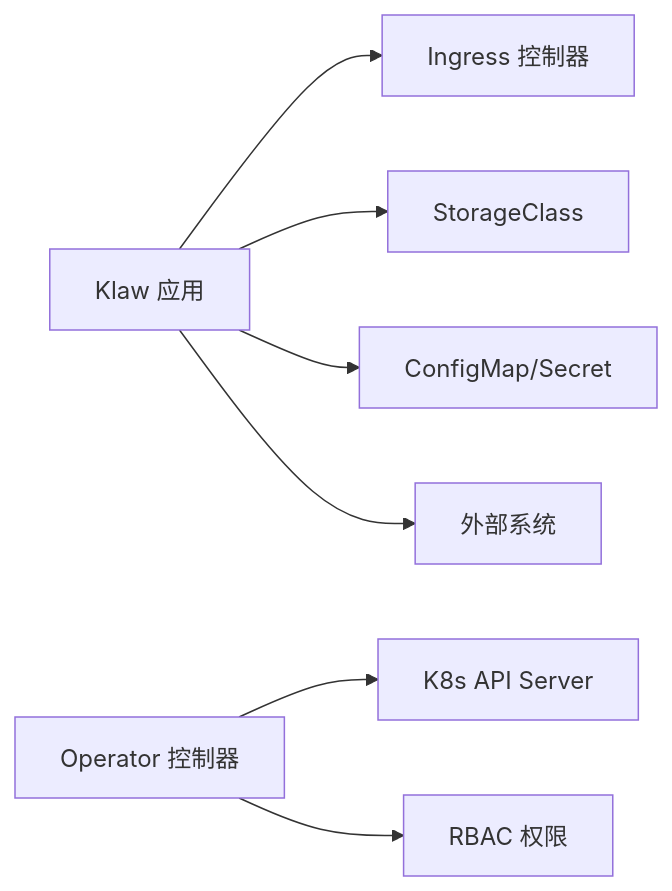
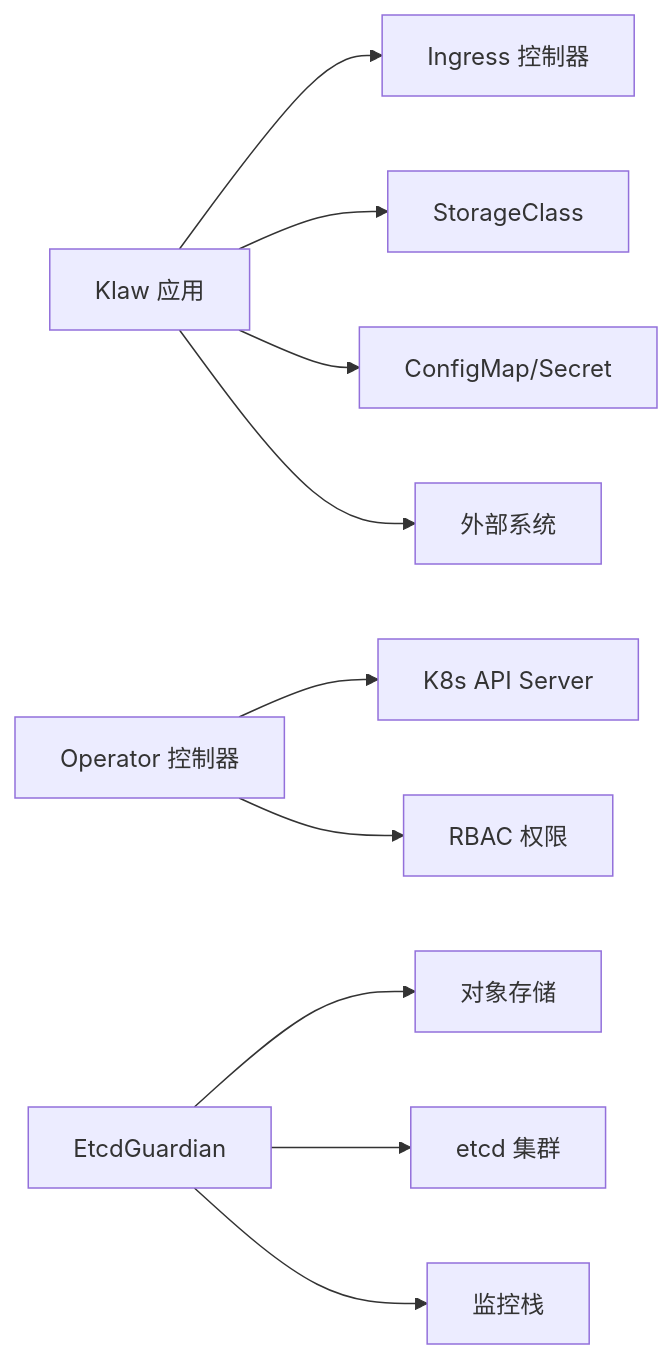
One commit to kudig-io/klaw changed the sixth of 6 diagrams in .qoder/repowiki/zh/content/安装部署/Kubernetes集群部署/Kubernetes集群部署.md. Above: the diagram before and after it, drawn with Mermaid. The commit also changed other lines of this file and 237 other files, not shown here.

````diff
--- a/.qoder/repowiki/zh/content/安装部署/Kubernetes集群部署/Kubernetes集群部署.md
+++ b/.qoder/repowiki/zh/content/安装部署/Kubernetes集群部署/Kubernetes集群部署.md
@@ -298,9 +547,12 @@
 ```mermaid
 graph LR
 Klaw["Klaw 应用"] --> Ingress["Ingress 控制器"]
 Klaw --> Storage["StorageClass"]
 Klaw --> Config["ConfigMap/Secret"]
 Klaw --> Ext["外部系统"]
 Operator["Operator 控制器"] --> API["K8s API Server"]
 Operator --> RBAC["RBAC 权限"]
+EtcdGuardian["EtcdGuardian"] --> ObjectStore["对象存储"]
+EtcdGuardian --> Etcd["etcd 集群"]
+EtcdGuardian --> Monitoring["监控栈"]
 ```
````
